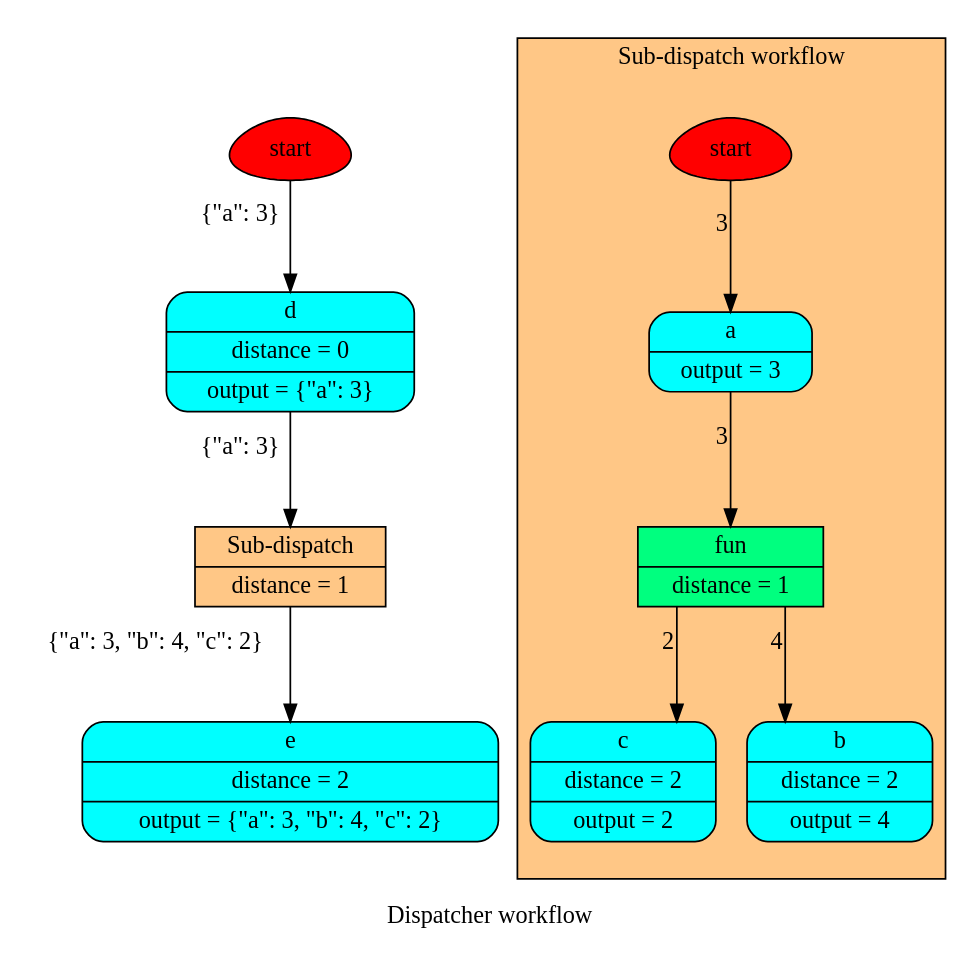
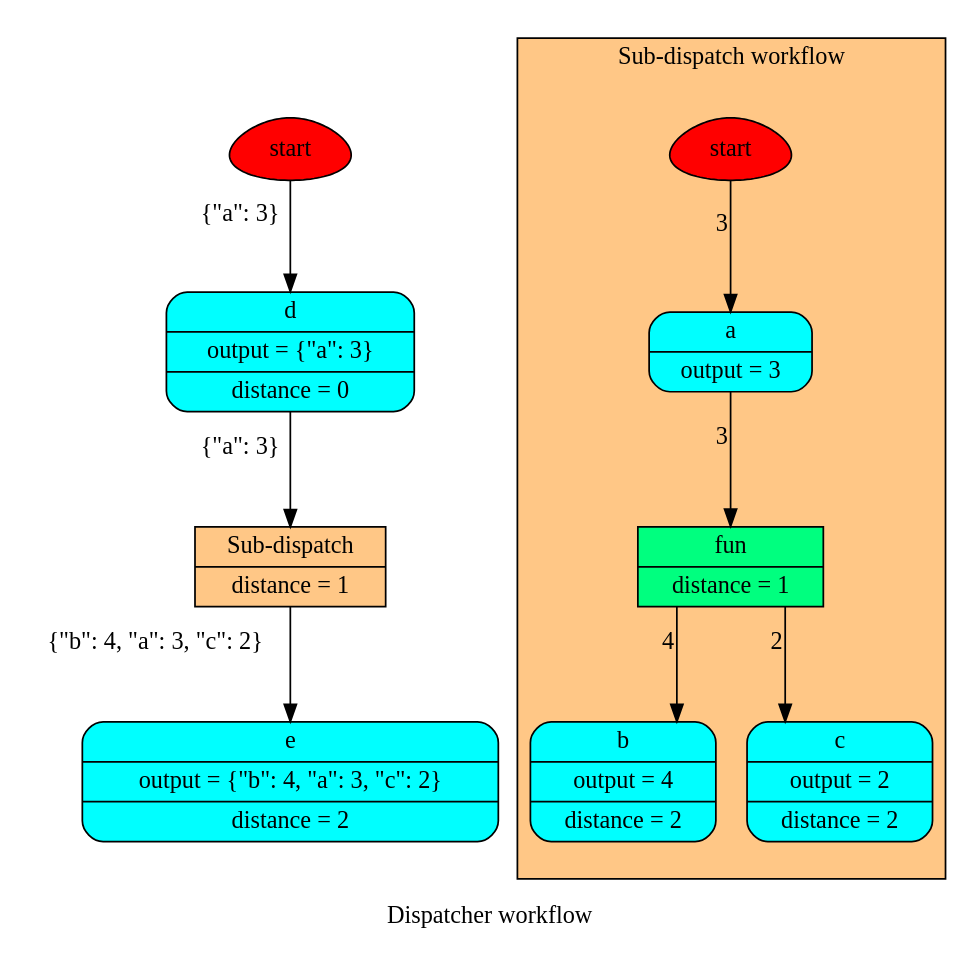
Before and after one commit to vinci1it2000/schedula: the diagram in doc/source/dispatcher/utils/dsp/SubDispatch_wf.dot, drawn with Graphviz. The commit also changed 23 other files, not shown here.

```diff
--- a/doc/source/dispatcher/utils/dsp/SubDispatch_wf.dot
+++ b/doc/source/dispatcher/utils/dsp/SubDispatch_wf.dot
@@ -1,28 +1,28 @@
 digraph Dispatcher {
 	graph [ratio=1]
 	node [style=filled]
 	splines = ortho
 	label = "Dispatcher workflow"
-		Dispatcher_4372611384 [label=start fillcolor=red shape=egg]
-		Dispatcher_1839105624103145851 [label="{ e | distance = 2 | output = \{&quot;a&quot;: 3, &quot;b&quot;: 4, &quot;c&quot;: 2\} }" fillcolor=cyan shape=Mrecord]
-		subgraph cluster_Dispatcher_7205866203630137909 {
+		Dispatcher_4373696824 [label=start fillcolor=red shape=egg]
+		subgraph "cluster_Dispatcher_-8380697001799100852" {
 		style=filled
 		fillcolor="#FF8F0F80"
 		label="Sub-dispatch workflow"
 		comment="Sub-dispatch"
-			cluster_Dispatcher_7205866203630137909_4372611384 [label=start fillcolor=red shape=egg]
-			"cluster_Dispatcher_7205866203630137909_-7776202301500148952" [label="{ a | output = 3 }" fillcolor=cyan shape=Mrecord]
-			cluster_Dispatcher_7205866203630137909_1161704250910580454 [label="{ c | distance = 2 | output = 2 }" fillcolor=cyan shape=Mrecord]
-			cluster_Dispatcher_7205866203630137909_3212931600518739037 [label="{ b | distance = 2 | output = 4 }" fillcolor=cyan shape=Mrecord]
-			"cluster_Dispatcher_7205866203630137909_-6843247198074858986" [label="{ fun | distance = 1 }" fillcolor=springgreen shape=record]
-				cluster_Dispatcher_7205866203630137909_4372611384 -> "cluster_Dispatcher_7205866203630137909_-7776202301500148952" [xlabel=3]
-				"cluster_Dispatcher_7205866203630137909_-7776202301500148952" -> "cluster_Dispatcher_7205866203630137909_-6843247198074858986" [xlabel=3]
-				"cluster_Dispatcher_7205866203630137909_-6843247198074858986" -> cluster_Dispatcher_7205866203630137909_3212931600518739037 [xlabel=4]
-				"cluster_Dispatcher_7205866203630137909_-6843247198074858986" -> cluster_Dispatcher_7205866203630137909_1161704250910580454 [xlabel=2]
+			"cluster_Dispatcher_-8380697001799100852_4373696824" [label=start fillcolor=red shape=egg]
+			"cluster_Dispatcher_-8380697001799100852_-427784935824896063" [label="{ b | output = 4 | distance = 2 }" fillcolor=cyan shape=Mrecord]
+			"cluster_Dispatcher_-8380697001799100852_-7347851849232076638" [label="{ fun | distance = 1 }" fillcolor=springgreen shape=record]
+			"cluster_Dispatcher_-8380697001799100852_-3574468403947108869" [label="{ a | output = 3 }" fillcolor=cyan shape=Mrecord]
+			"cluster_Dispatcher_-8380697001799100852_5626300579074633926" [label="{ c | output = 2 | distance = 2 }" fillcolor=cyan shape=Mrecord]
+				"cluster_Dispatcher_-8380697001799100852_4373696824" -> "cluster_Dispatcher_-8380697001799100852_-3574468403947108869" [xlabel=3]
+				"cluster_Dispatcher_-8380697001799100852_-7347851849232076638" -> "cluster_Dispatcher_-8380697001799100852_-427784935824896063" [xlabel=4]
+				"cluster_Dispatcher_-8380697001799100852_-7347851849232076638" -> "cluster_Dispatcher_-8380697001799100852_5626300579074633926" [xlabel=2]
+				"cluster_Dispatcher_-8380697001799100852_-3574468403947108869" -> "cluster_Dispatcher_-8380697001799100852_-7347851849232076638" [xlabel=3]
 		}
-		Dispatcher_7205866203630137909 [label="{ Sub-dispatch | distance = 1 }" fillcolor="#FF8F0F80" shape=record]
-		Dispatcher_1248373816960019038 [label="{ d | distance = 0 | output = \{&quot;a&quot;: 3\} }" fillcolor=cyan shape=Mrecord]
-			Dispatcher_4372611384 -> Dispatcher_1248373816960019038 [xlabel="\{&quot;a&quot;: 3\}"]
-			Dispatcher_7205866203630137909 -> Dispatcher_1839105624103145851 [xlabel="\{&quot;a&quot;: 3, &quot;b&quot;: 4, &quot;c&quot;: 2\}"]
-			Dispatcher_1248373816960019038 -> Dispatcher_7205866203630137909 [xlabel="\{&quot;a&quot;: 3\}"]
+		"Dispatcher_-8380697001799100852" [label="{ Sub-dispatch | distance = 1 }" fillcolor="#FF8F0F80" shape=record]
+		"Dispatcher_-6866225254170713515" [label="{ d | output = \{&quot;a&quot;: 3\} | distance = 0 }" fillcolor=cyan shape=Mrecord]
+		"Dispatcher_-4445111242917612282" [label="{ e | output = \{&quot;b&quot;: 4, &quot;a&quot;: 3, &quot;c&quot;: 2\} | distance = 2 }" fillcolor=cyan shape=Mrecord]
+			Dispatcher_4373696824 -> "Dispatcher_-6866225254170713515" [xlabel="\{&quot;a&quot;: 3\}"]
+			"Dispatcher_-8380697001799100852" -> "Dispatcher_-4445111242917612282" [xlabel="\{&quot;b&quot;: 4, &quot;a&quot;: 3, &quot;c&quot;: 2\}"]
+			"Dispatcher_-6866225254170713515" -> "Dispatcher_-8380697001799100852" [xlabel="\{&quot;a&quot;: 3\}"]
 }
```
